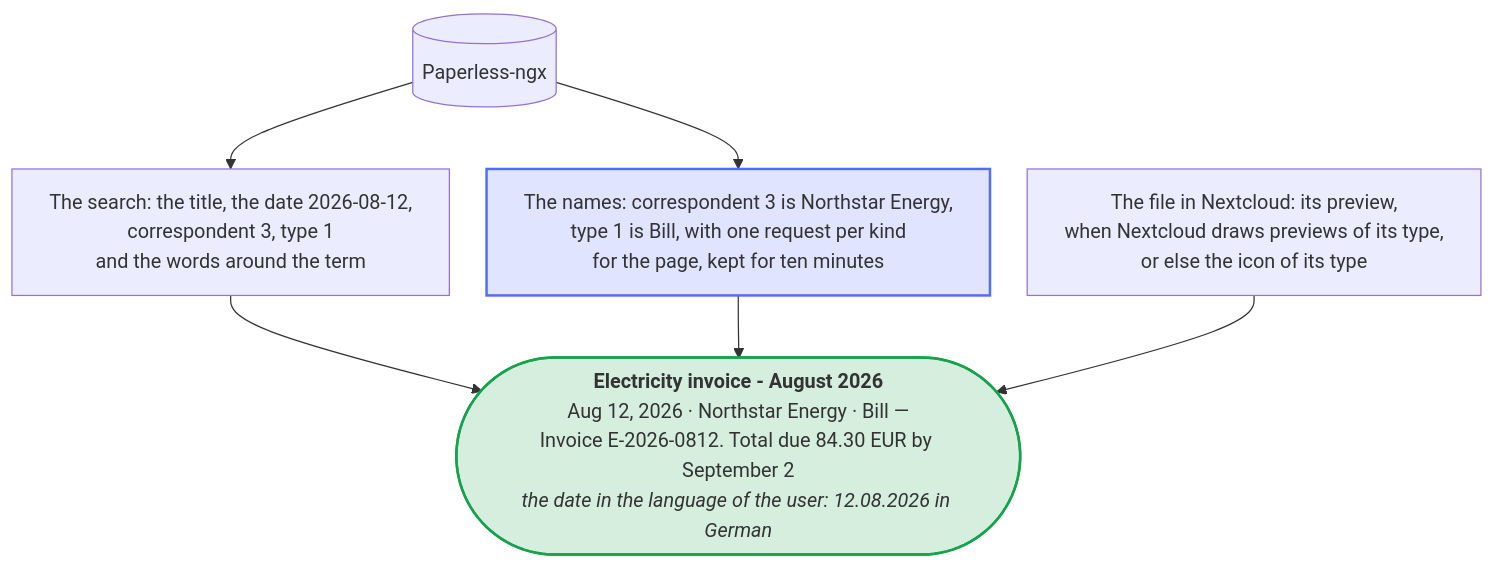
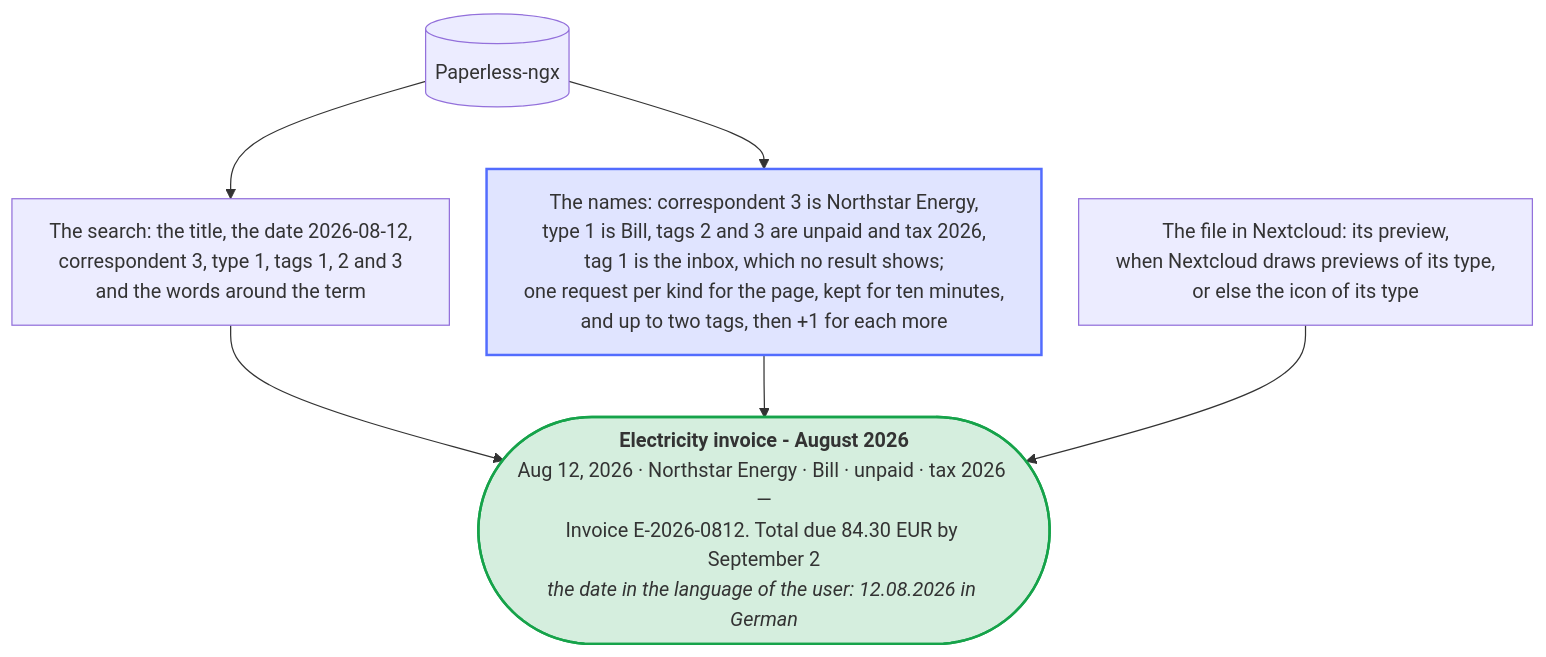
The diagram in docs/diagrams/what-a-result-shows.mmd (Dennis-Otto/paperless-unified-search), drawn with Mermaid before and after one commit. The commit also changed 94 other files, not shown here.

First line of the commit message:
feat: results show the tags of a document (#271)

```diff
--- a/docs/diagrams/what-a-result-shows.mmd
+++ b/docs/diagrams/what-a-result-shows.mmd
@@ -1,29 +1,29 @@
 ---
 config:
   flowchart:
     wrappingWidth: 400
     nodeSpacing: 30
 ---
 flowchart TB
     accTitle: What a result shows
-    accDescr: The search of Paperless-ngx sends the title of document 412, its date 2026-08-12, the IDs of its correspondent and its type, 3 and 1, and the words around the term. Paperless names correspondent 3 Northstar Energy and type 1 Bill, with one request per kind for all documents of the page, which the app keeps for ten minutes. The file of the document in Nextcloud gives the preview, when Nextcloud draws previews of its type, or else the icon of the type, as the search of files shows them. The result shows that picture, the title Electricity invoice - August 2026, and below it Aug 12, 2026 · Northstar Energy · Bill — Invoice E-2026-0812. Total due 84.30 EUR by September 2, with the date in the language of the user, such as 12.08.2026 in German.
+    accDescr: The search of Paperless-ngx sends the title of document 412, its date 2026-08-12, the IDs of its correspondent and its type, 3 and 1, of its tags, 1, 2 and 3, and the words around the term. Paperless names correspondent 3 Northstar Energy, type 1 Bill and tags 2 and 3 unpaid and tax 2026; tag 1 is the inbox, which no result shows. It takes one request per kind for all documents of the page, which the app keeps for ten minutes, and a result shows up to two tags, then +1 for each more. The file of the document in Nextcloud gives the preview, when Nextcloud draws previews of its type, or else the icon of the type, as the search of files shows them. The result shows that picture, the title Electricity invoice - August 2026, and below it Aug 12, 2026 · Northstar Energy · Bill · unpaid · tax 2026 — Invoice E-2026-0812. Total due 84.30 EUR by September 2, with the date in the language of the user, such as 12.08.2026 in German.
 
     paperless[("Paperless-ngx")]
-    search["The search: the title, the date 2026-08-12,<br>correspondent 3, type 1<br>and the words around the term"]
-    names["The names: correspondent 3 is Northstar Energy,<br>type 1 is Bill, with one request per kind<br>for the page, kept for ten minutes"]
+    search["The search: the title, the date 2026-08-12,<br>correspondent 3, type 1, tags 1, 2 and 3<br>and the words around the term"]
+    names["The names: correspondent 3 is Northstar Energy,<br>type 1 is Bill, tags 2 and 3 are unpaid and tax 2026,<br>tag 1 is the inbox, which no result shows;<br>one request per kind for the page, kept for ten minutes,<br>and up to two tags, then +1 for each more"]
     file["The file in Nextcloud: its preview,<br>when Nextcloud draws previews of its type,<br>or else the icon of its type"]
     result(["`**Electricity invoice - August 2026**
-    Aug 12, 2026 · Northstar Energy · Bill —
+    Aug 12, 2026 · Northstar Energy · Bill · unpaid · tax 2026 —
     Invoice E-2026-0812. Total due 84.30 EUR by September 2
     *the date in the language of the user: 12.08.2026 in German*`"])
 
     paperless --> search
     paperless --> names
     search --> result
     names --> result
     file --> result
 
     classDef app fill:#526cfe2e,stroke:#526cfe,stroke-width:2px
     classDef yes fill:#16a34a2e,stroke:#16a34a,stroke-width:2px
     class names app
     class result yes
```
